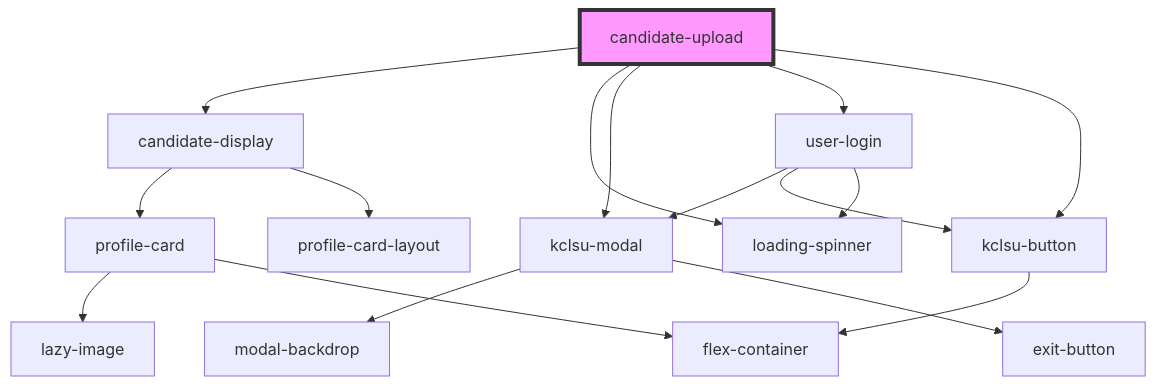
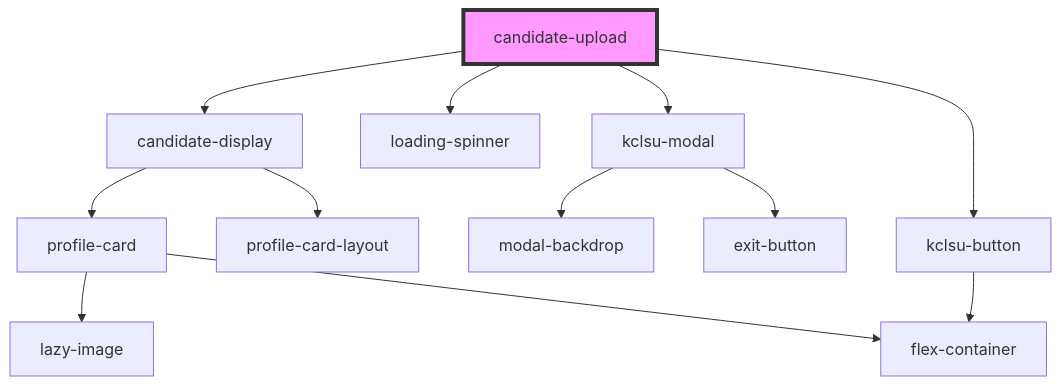
One commit to dev-kylo/component_library changed the diagram in src/components/projects/elections/candidate_upload/readme.md. Above: the diagram before and after it, drawn with Mermaid. The commit also changed other lines of this file and 5 other files, not shown here.

````diff
--- a/src/components/projects/elections/candidate_upload/readme.md
+++ b/src/components/projects/elections/candidate_upload/readme.md
@@ -28,19 +27,15 @@
 ```mermaid
 graph TD;
   candidate-upload --> candidate-display
   candidate-upload --> loading-spinner
   candidate-upload --> kclsu-modal
-  candidate-upload --> user-login
   candidate-upload --> kclsu-button
   candidate-display --> profile-card
   candidate-display --> profile-card-layout
   profile-card --> lazy-image
   profile-card --> flex-container
   kclsu-modal --> modal-backdrop
   kclsu-modal --> exit-button
-  user-login --> kclsu-modal
-  user-login --> kclsu-button
-  user-login --> loading-spinner
   kclsu-button --> flex-container
   style candidate-upload fill:#f9f,stroke:#333,stroke-width:4px
 ```
````
